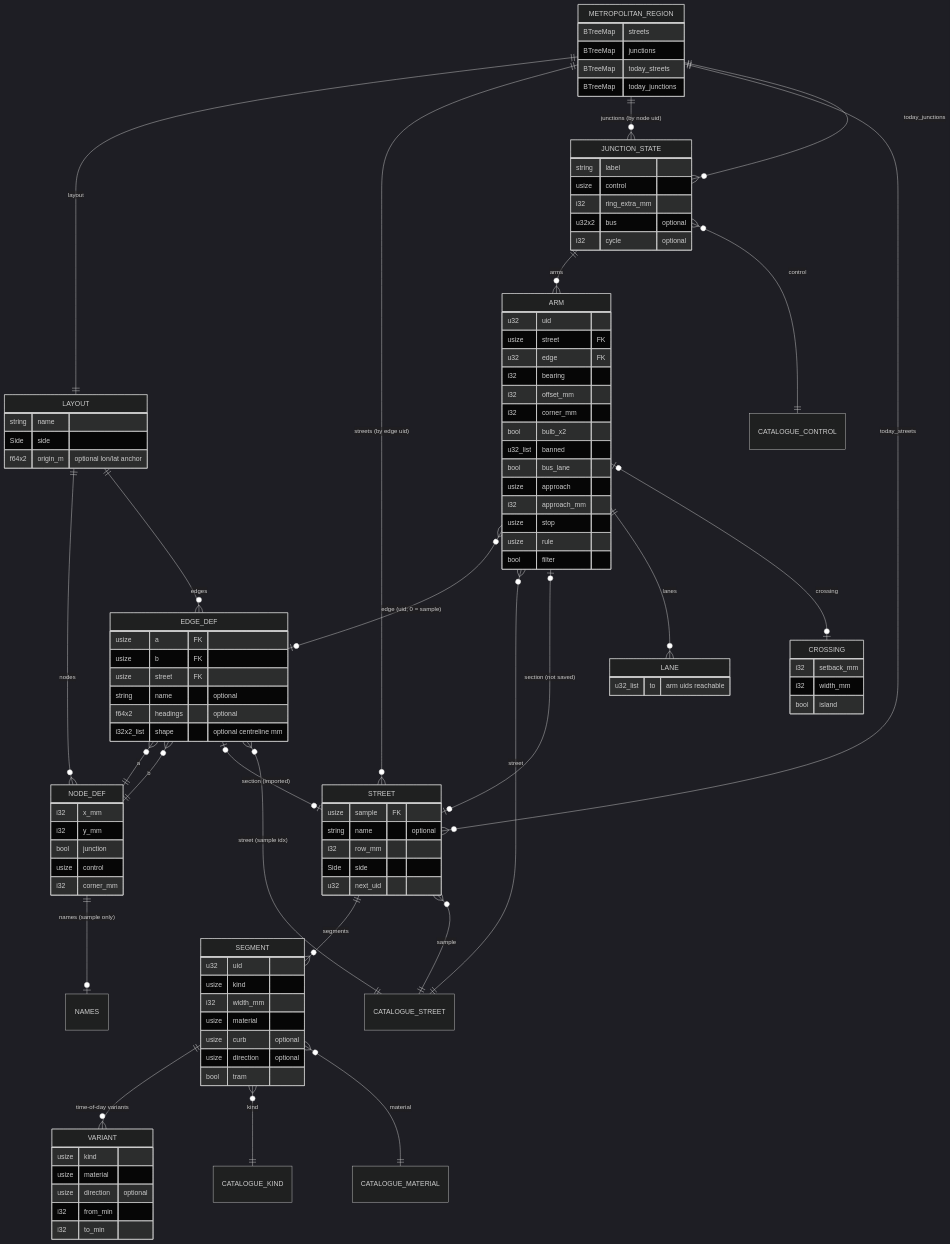
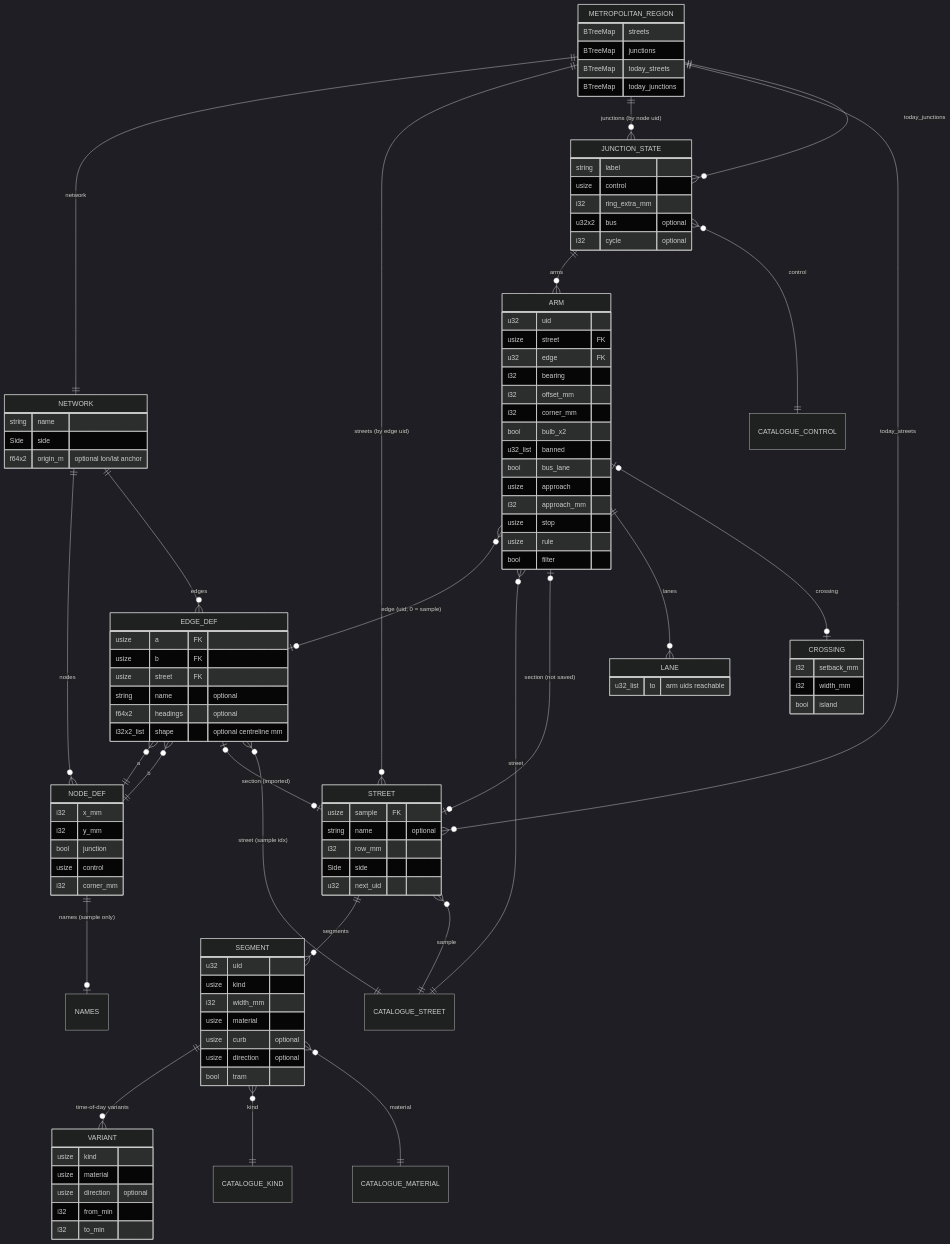
The diagram in docs/erd.mmd (alandovskis/cityloom), drawn with Mermaid (dark theme) before and after one commit. The commit also changed 2 other files, not shown here.

Commit message:
docs(erd): the metropolitan region holds a network of nodes and edges

```diff
--- a/docs/erd.mmd
+++ b/docs/erd.mmd
@@ -1,109 +1,109 @@
 erDiagram
-    METROPOLITAN_REGION ||--|| LAYOUT : "layout"
+    METROPOLITAN_REGION ||--|| NETWORK : "network"
     METROPOLITAN_REGION ||--o{ STREET : "streets (by edge uid)"
     METROPOLITAN_REGION ||--o{ JUNCTION_STATE : "junctions (by node uid)"
     METROPOLITAN_REGION ||--o{ STREET : "today_streets"
     METROPOLITAN_REGION ||--o{ JUNCTION_STATE : "today_junctions"
 
-    LAYOUT ||--o{ NODE_DEF : nodes
-    LAYOUT ||--o{ EDGE_DEF : edges
+    NETWORK ||--o{ NODE_DEF : nodes
+    NETWORK ||--o{ EDGE_DEF : edges
     NODE_DEF ||--o| NAMES : "names (sample only)"
     EDGE_DEF }o--|| NODE_DEF : "a"
     EDGE_DEF }o--|| NODE_DEF : "b"
     EDGE_DEF |o--o| STREET : "section (imported)"
     EDGE_DEF }o--|| CATALOGUE_STREET : "street (sample idx)"
 
     STREET ||--o{ SEGMENT : segments
     STREET }o--|| CATALOGUE_STREET : "sample"
     SEGMENT ||--o{ VARIANT : "time-of-day variants"
     SEGMENT }o--|| CATALOGUE_KIND : kind
     SEGMENT }o--|| CATALOGUE_MATERIAL : material
 
     JUNCTION_STATE ||--o{ ARM : arms
     JUNCTION_STATE }o--|| CATALOGUE_CONTROL : control
     ARM }o--o| EDGE_DEF : "edge (uid; 0 = sample)"
     ARM }o--|| CATALOGUE_STREET : "street"
     ARM |o--o| STREET : "section (not saved)"
     ARM ||--o{ LANE : lanes
     ARM |o--o| CROSSING : crossing
 
     METROPOLITAN_REGION {
         BTreeMap streets
         BTreeMap junctions
         BTreeMap today_streets
         BTreeMap today_junctions
     }
-    LAYOUT {
+    NETWORK {
         string name
         Side side
         f64x2 origin_m "optional lon/lat anchor"
     }
     NODE_DEF {
         i32 x_mm
         i32 y_mm
         bool junction
         usize control
         i32 corner_mm
     }
     EDGE_DEF {
         usize a FK
         usize b FK
         usize street FK
         string name "optional"
         f64x2 headings "optional"
         i32x2_list shape "optional centreline mm"
     }
     STREET {
         usize sample FK
         string name "optional"
         i32 row_mm
         Side side
         u32 next_uid
     }
     SEGMENT {
         u32 uid
         usize kind
         i32 width_mm
         usize material
         usize curb "optional"
         usize direction "optional"
         bool tram
     }
     VARIANT {
         usize kind
         usize material
         usize direction "optional"
         i32 from_min
         i32 to_min
     }
     JUNCTION_STATE {
         string label
         usize control
         i32 ring_extra_mm
         u32x2 bus "optional"
         i32 cycle "optional"
     }
     ARM {
         u32 uid
         usize street FK
         u32 edge FK
         i32 bearing
         i32 offset_mm
         i32 corner_mm
         bool bulb_x2
         u32_list banned
         bool bus_lane
         usize approach
         i32 approach_mm
         usize stop
         usize rule
         bool filter
     }
     LANE {
         u32_list to "arm uids reachable"
     }
     CROSSING {
         i32 setback_mm
         i32 width_mm
         bool island
     }
```
